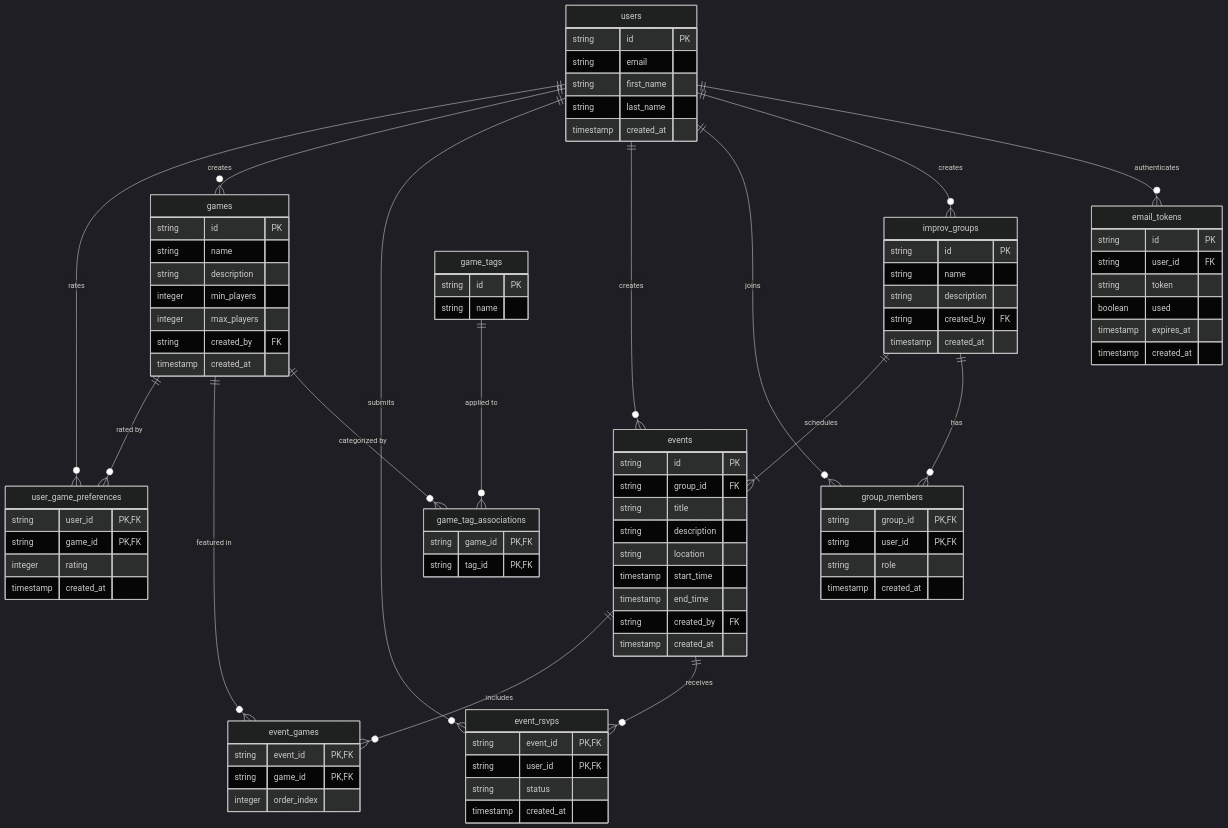
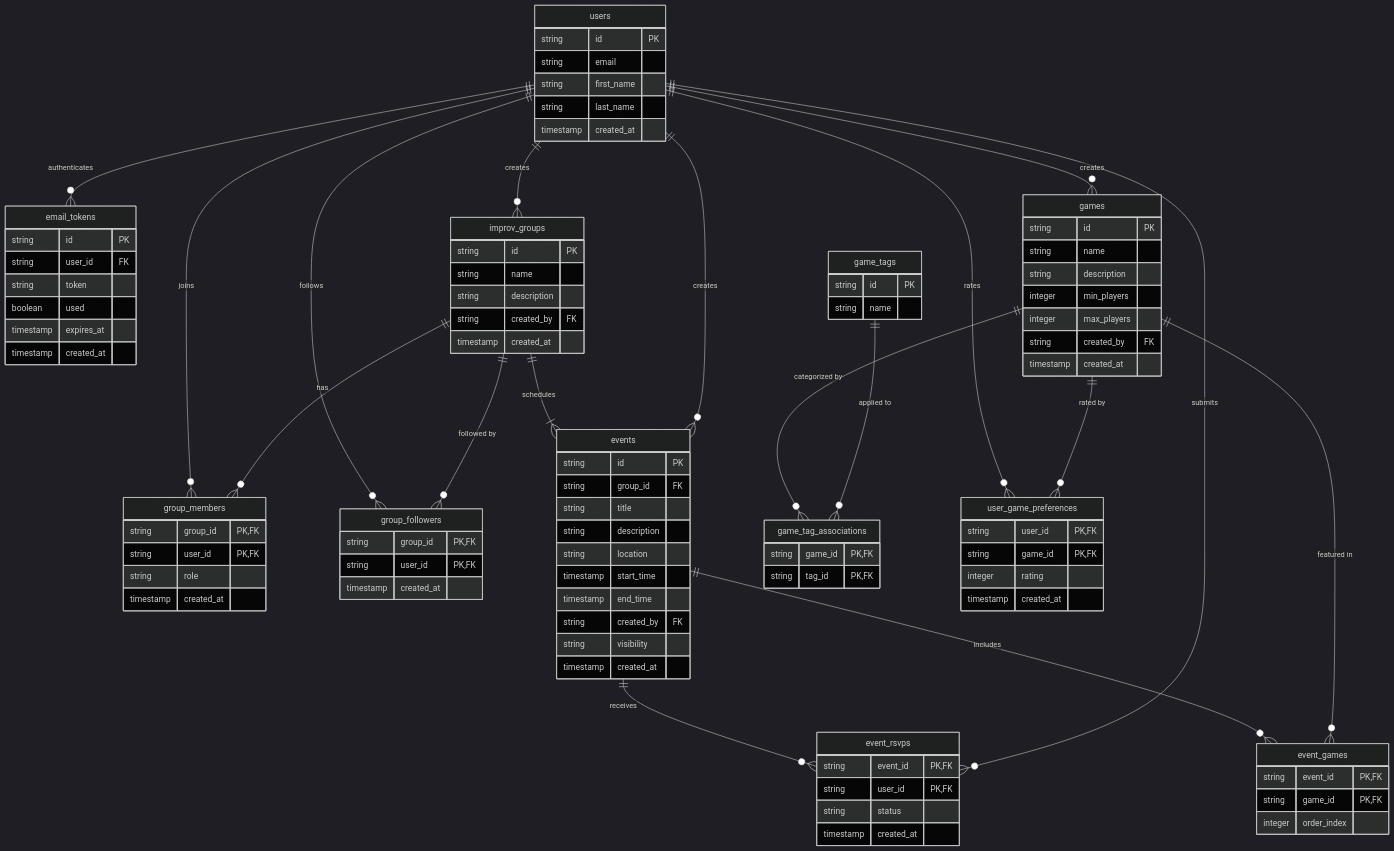
Before and after one commit to ericwooley/improv-app: the diagram in README.md, drawn with Mermaid (dark theme). The commit also changed 3 other files, not shown here.

```diff
--- a/README.md
+++ b/README.md
@@ -139,6 +139,12 @@
         timestamp created_at
     }
 
+    group_followers {
+        string group_id PK,FK
+        string user_id PK,FK
+        timestamp created_at
+    }
+
     events {
         string id PK
         string group_id FK
@@ -148,6 +154,7 @@
         timestamp start_time
         timestamp end_time
         string created_by FK
+        string visibility
         timestamp created_at
     }
 
@@ -194,7 +201,9 @@
     users ||--o{ email_tokens : "authenticates"
     users ||--o{ improv_groups : "creates"
     users ||--o{ group_members : "joins"
+    users ||--o{ group_followers : "follows"
     improv_groups ||--o{ group_members : "has"
+    improv_groups ||--o{ group_followers : "followed by"
     improv_groups ||--|{ events : "schedules"
     users ||--o{ events : "creates"
     events ||--o{ event_rsvps : "receives"
```
